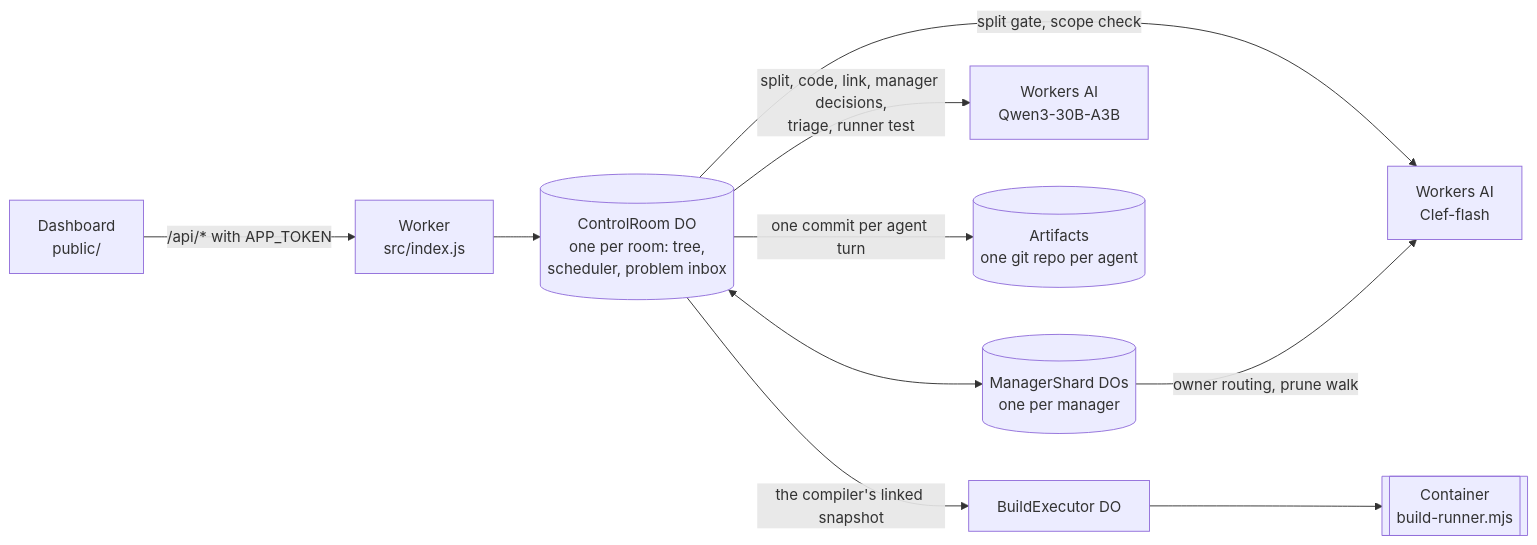
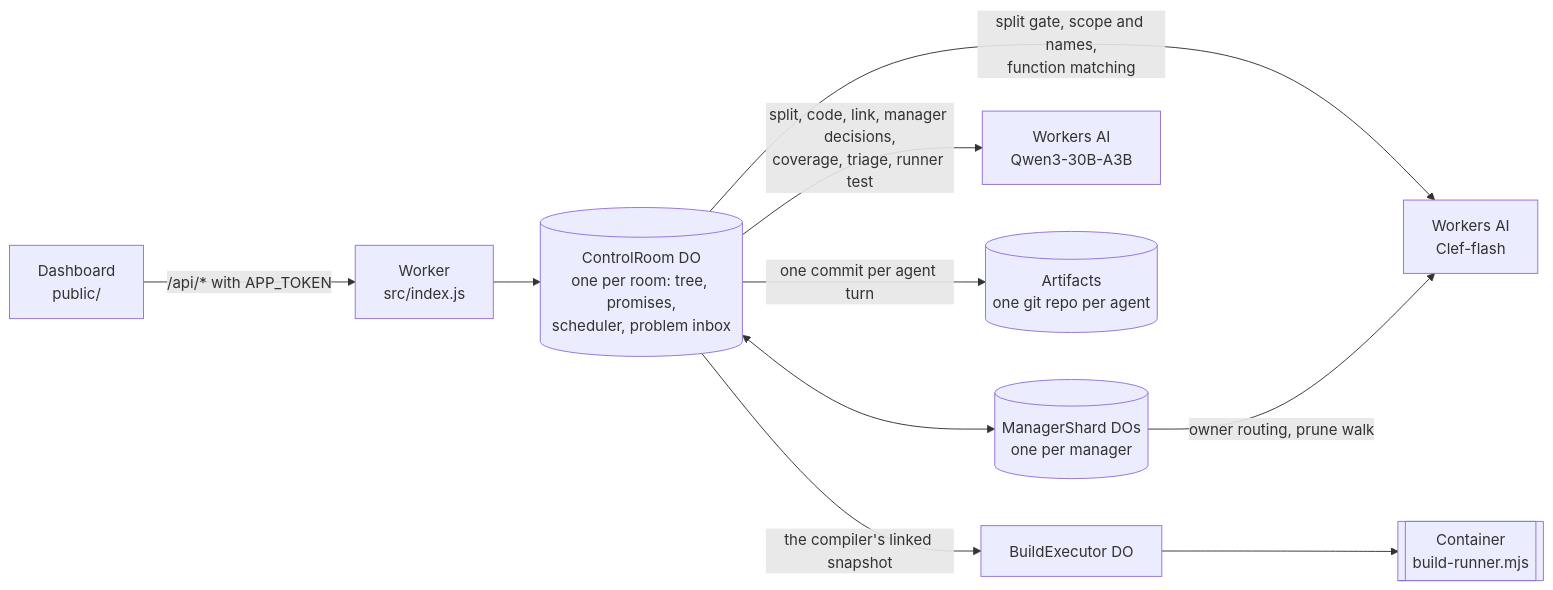
One commit to tyrtop-ai/cloudflare-comp changed the first of 2 diagrams in README.md. Above: the diagram before and after it, drawn with Mermaid. The commit also changed other lines of this file and 8 other files, not shown here.

````diff
--- a/README.md
+++ b/README.md
@@ -84,12 +98,12 @@
 ```mermaid
 flowchart LR
   browser["Dashboard<br/>public/"] -->|"/api/* with APP_TOKEN"| worker["Worker<br/>src/index.js"]
-  worker --> room[("ControlRoom DO<br/>one per room: tree,<br/>scheduler, problem inbox")]
+  worker --> room[("ControlRoom DO<br/>one per room: tree, promises,<br/>scheduler, problem inbox")]
   room <--> shard[("ManagerShard DOs<br/>one per manager")]
-  room -->|"split, code, link, manager decisions,<br/>triage, runner test"| qwen["Workers AI<br/>Qwen3-30B-A3B"]
-  room -->|"split gate, scope check"| clef["Workers AI<br/>Clef-flash"]
+  room -->|"split, code, link, manager decisions,<br/>coverage, triage, runner test"| qwen["Workers AI<br/>Qwen3-30B-A3B"]
+  room -->|"split gate, scope and names,<br/>function matching"| clef["Workers AI<br/>Clef-flash"]
   shard -->|"owner routing, prune walk"| clef
   room -->|"one commit per agent turn"| artifacts[("Artifacts<br/>one git repo per agent")]
   room -->|"the compiler's linked snapshot"| exec["BuildExecutor DO"]
   exec --> container[["Container<br/>build-runner.mjs"]]
 ```
````
